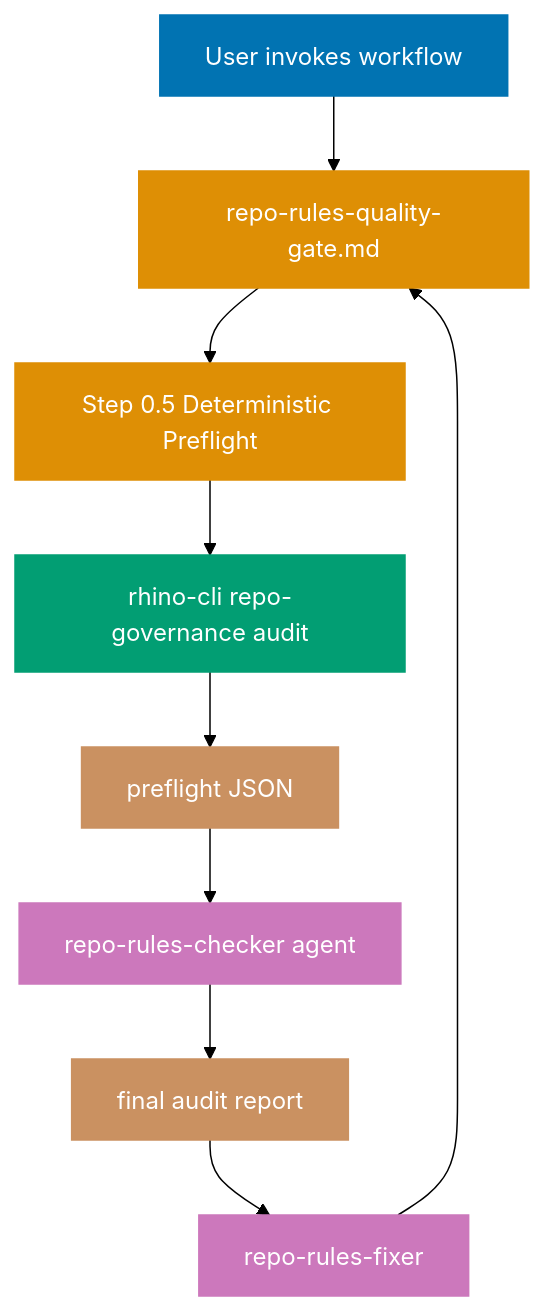
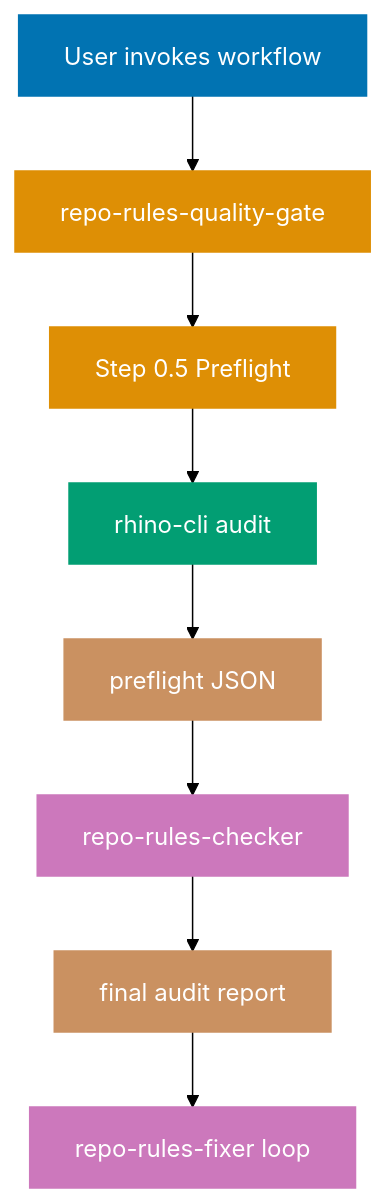
One commit to wahidyankf/open-sharia-enterprise changed the diagram in plans/in-progress/optimize-repo-rules-quality-gate-with-rhino-cli/tech-docs.md. Above: the diagram before and after it, drawn with Mermaid (forest theme). The commit also changed other lines of this file and 2 other files, not shown here.

````diff
--- a/plans/in-progress/optimize-repo-rules-quality-gate-with-rhino-cli/tech-docs.md
+++ b/plans/in-progress/optimize-repo-rules-quality-gate-with-rhino-cli/tech-docs.md
@@ -5,20 +5,25 @@
 ```mermaid
 flowchart TB
     classDef user fill:#0173B2,stroke:#0173B2,color:#fff
     classDef workflow fill:#DE8F05,stroke:#DE8F05,color:#fff
     classDef rhino fill:#029E73,stroke:#029E73,color:#fff
     classDef ai fill:#CC78BC,stroke:#CC78BC,color:#fff
     classDef artifact fill:#CA9161,stroke:#CA9161,color:#fff
 
     USER[User invokes workflow]:::user
-    WF[repo-rules-quality-gate.md]:::workflow
+    WF[repo-rules-quality-gate]:::workflow
+    PRE[Step 0.5 Preflight]:::workflow
+    RC[rhino-cli audit]:::rhino
+    JSON[preflight JSON]:::artifact
+    CHECKER[repo-rules-checker]:::ai
+    AUDIT[final audit report]:::artifact
+    FIXER[repo-rules-fixer loop]:::ai
 
     USER --> WF
-    WF --> PRE[Step 0.5 Deterministic Preflight]:::workflow
-    PRE --> RC[rhino-cli repo-governance audit]:::rhino
-    RC --> JSON[preflight JSON]:::artifact
-    JSON --> CHECKER[repo-rules-checker agent]:::ai
-    CHECKER --> AUDIT[final audit report]:::artifact
-    AUDIT --> FIXER[repo-rules-fixer]:::ai
-    FIXER --> WF
+    WF --> PRE
+    PRE --> RC
+    RC --> JSON
+    JSON --> CHECKER
+    CHECKER --> AUDIT
+    AUDIT --> FIXER
 ```
````
